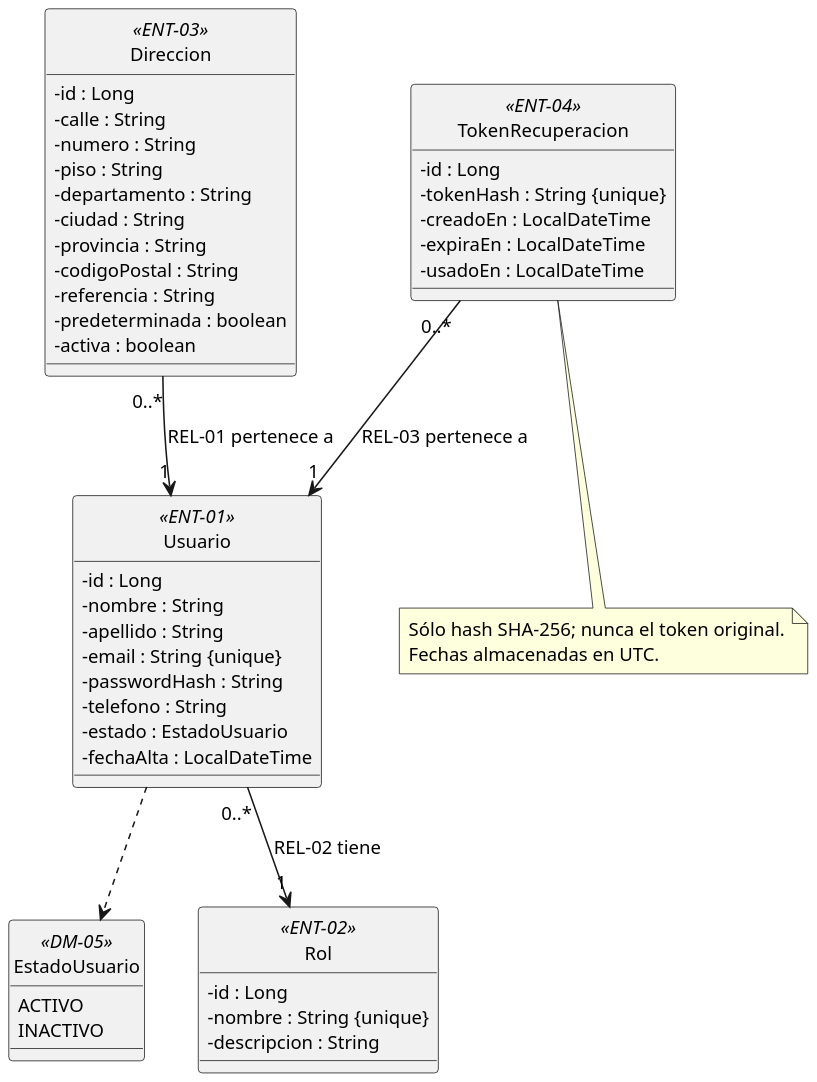
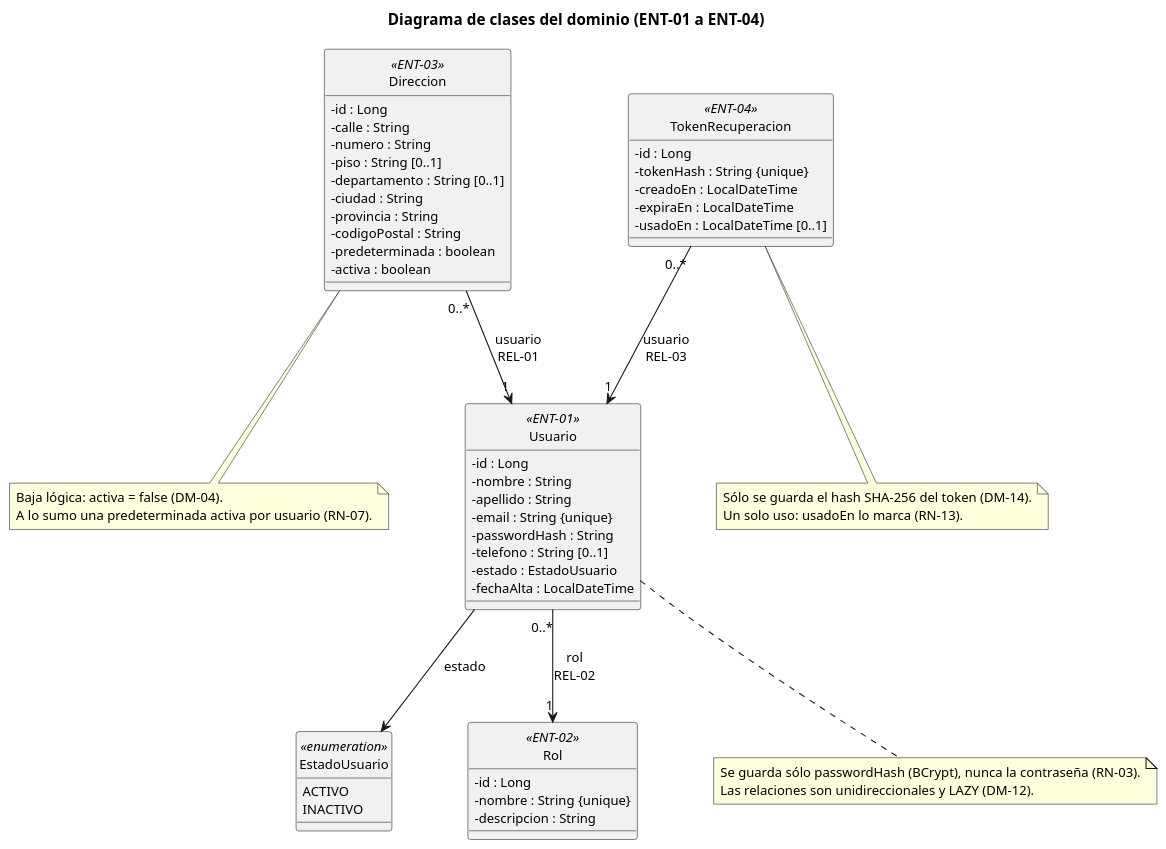
The diagram in doc/Diagramas/clases.puml (CarlaGorgal2002/deliverygo-usuarios-auth), drawn with PlantUML before and after one commit. The commit also changed 30 other files, not shown here.

First line of the commit message:
docs: rehacer los 15 diagramas con las capas y participantes de la plantilla

```diff
--- a/doc/Diagramas/clases.puml
+++ b/doc/Diagramas/clases.puml
@@ -1,50 +1,72 @@
 @startuml clases
-skinparam dpi 170
+skinparam dpi 120
+skinparam shadowing false
+skinparam defaultFontName Arial
+skinparam defaultFontSize 12
 skinparam classAttributeIconSize 0
-skinparam defaultFontSize 12
+skinparam nodesep 70
+skinparam ranksep 70
 hide circle
+title Diagrama de clases del dominio (ENT-01 a ENT-04)
+
 class Usuario <<ENT-01>> {
   - id : Long
   - nombre : String
   - apellido : String
   - email : String {unique}
   - passwordHash : String
-  - telefono : String
+  - telefono : String [0..1]
   - estado : EstadoUsuario
   - fechaAlta : LocalDateTime
 }
-enum EstadoUsuario <<DM-05>> {
+
+enum EstadoUsuario <<enumeration>> {
   ACTIVO
   INACTIVO
 }
+
 class Rol <<ENT-02>> {
   - id : Long
   - nombre : String {unique}
   - descripcion : String
 }
+
 class Direccion <<ENT-03>> {
   - id : Long
   - calle : String
   - numero : String
-  - piso : String
-  - departamento : String
+  - piso : String [0..1]
+  - departamento : String [0..1]
   - ciudad : String
   - provincia : String
   - codigoPostal : String
-  - referencia : String
   - predeterminada : boolean
   - activa : boolean
 }
-Direccion "0..*" --> "1" Usuario : REL-01 pertenece a
-Usuario "0..*" --> "1" Rol : REL-02 tiene
-Usuario ..> EstadoUsuario
+
 class TokenRecuperacion <<ENT-04>> {
   - id : Long
   - tokenHash : String {unique}
   - creadoEn : LocalDateTime
   - expiraEn : LocalDateTime
-  - usadoEn : LocalDateTime
+  - usadoEn : LocalDateTime [0..1]
 }
-TokenRecuperacion "0..*" --> "1" Usuario : REL-03 pertenece a
-note bottom of TokenRecuperacion : Sólo hash SHA-256; nunca el token original.\nFechas almacenadas en UTC.
+
+Usuario "0..*" --> "1" Rol : rol\nREL-02
+Direccion "0..*" --> "1" Usuario : usuario\nREL-01
+TokenRecuperacion "0..*" --> "1" Usuario : usuario\nREL-03
+Usuario --> EstadoUsuario : estado
+
+note bottom of Direccion
+  Baja lógica: activa = false (DM-04).
+  A lo sumo una predeterminada activa por usuario (RN-07).
+end note
+note bottom of TokenRecuperacion
+  Sólo se guarda el hash SHA-256 del token (DM-14).
+  Un solo uso: usadoEn lo marca (RN-13).
+end note
+note bottom of Usuario
+  Se guarda sólo passwordHash (BCrypt), nunca la contraseña (RN-03).
+  Las relaciones son unidireccionales y LAZY (DM-12).
+end note
 @enduml
```
